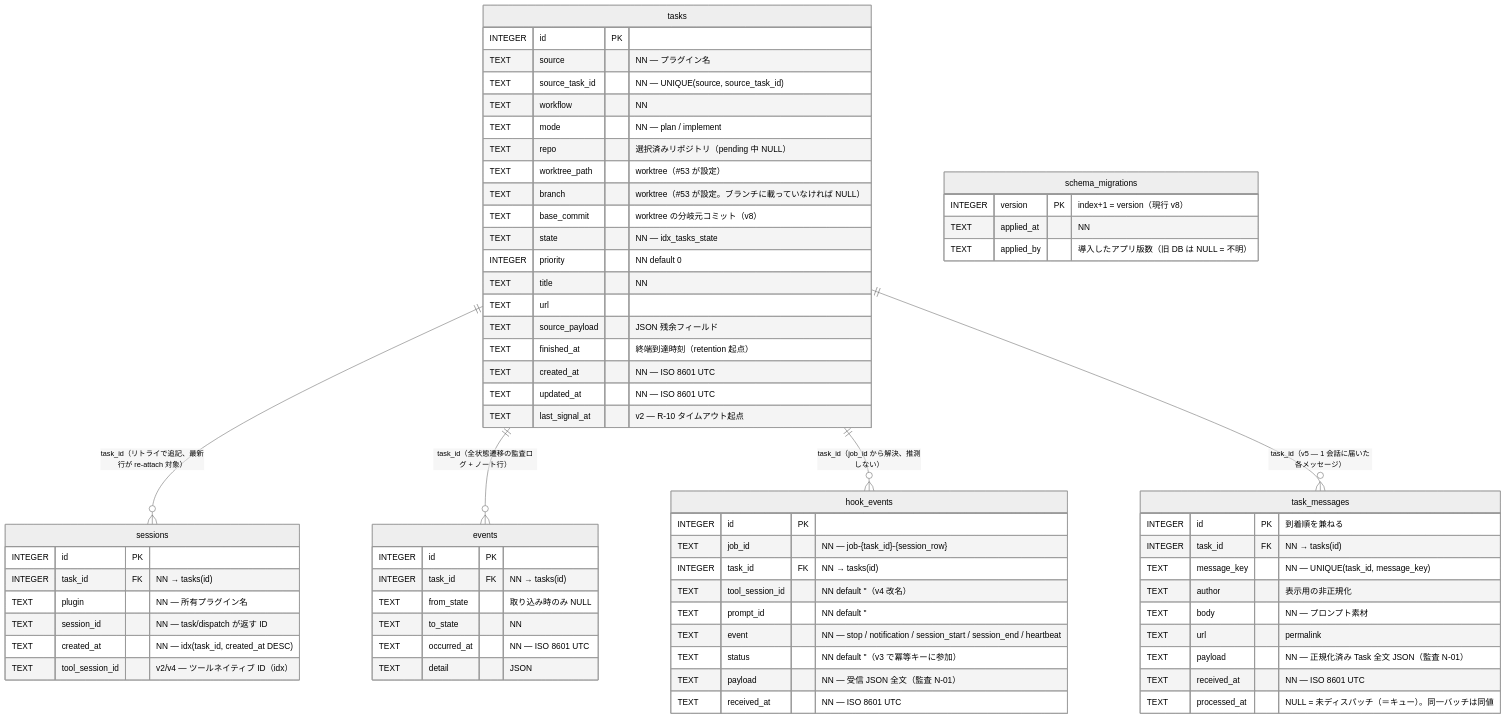
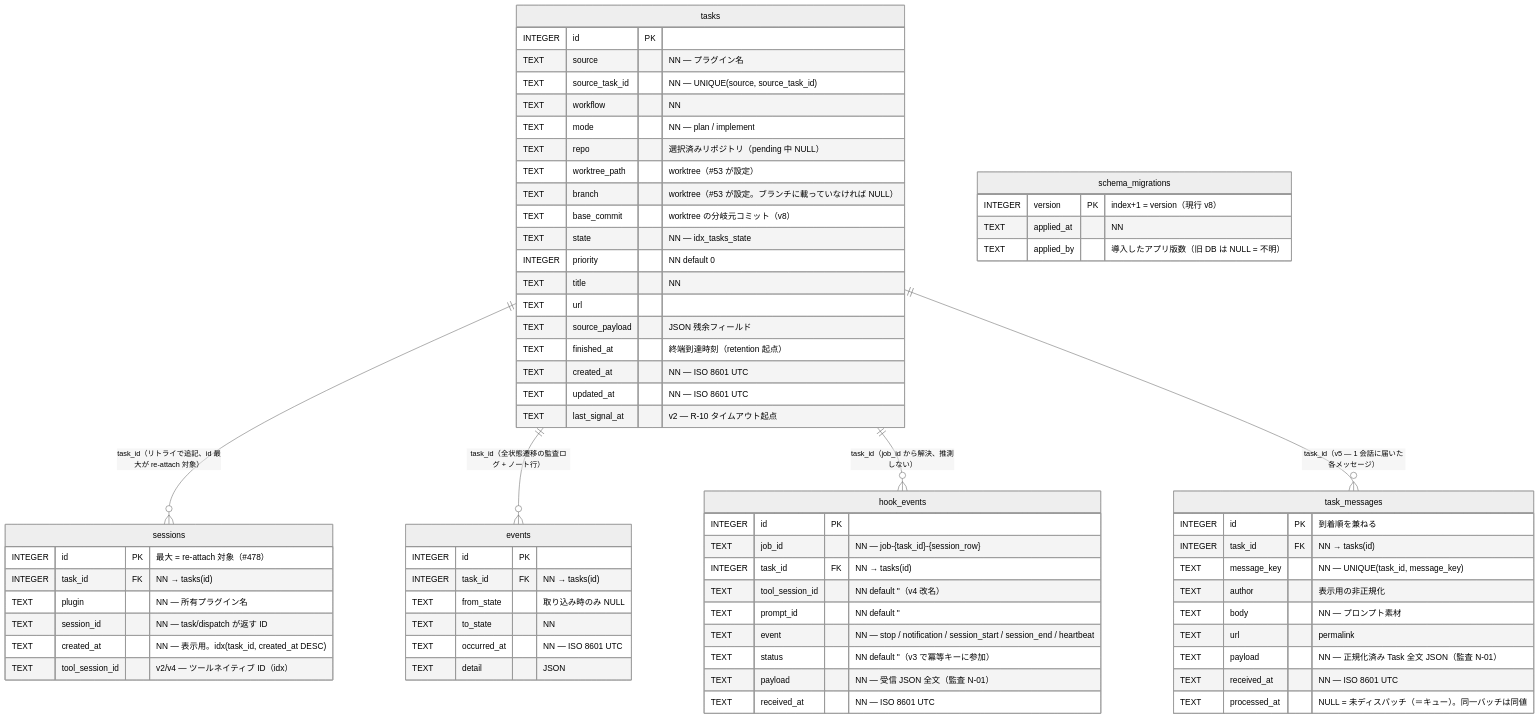
One commit to tomoya-k31/totsuka changed the diagram in ai-docs/data/state-db.md. Above: the diagram before and after it, drawn with Mermaid (neutral theme). The commit also changed other lines of this file and 3 other files, not shown here.

````diff
--- a/ai-docs/data/state-db.md
+++ b/ai-docs/data/state-db.md
@@ -22,76 +22,76 @@
 ```mermaid
 erDiagram
-    tasks ||--o{ sessions : "task_id（リトライで追記、最新行が re-attach 対象）"
+    tasks ||--o{ sessions : "task_id（リトライで追記、id 最大が re-attach 対象）"
     tasks ||--o{ events : "task_id（全状態遷移の監査ログ + ノート行）"
     tasks ||--o{ hook_events : "task_id（job_id から解決、推測しない）"
     tasks ||--o{ task_messages : "task_id（v5 — 1 会話に届いた各メッセージ）"
 
     tasks {
         INTEGER id PK
         TEXT source "NN — プラグイン名"
         TEXT source_task_id "NN — UNIQUE(source, source_task_id)"
         TEXT workflow "NN"
         TEXT mode "NN — plan / implement"
         TEXT repo "選択済みリポジトリ（pending 中 NULL）"
         TEXT worktree_path "worktree（#53 が設定）"
         TEXT branch "worktree（#53 が設定。ブランチに載っていなければ NULL）"
         TEXT base_commit "worktree の分岐元コミット（v8）"
         TEXT state "NN — idx_tasks_state"
         INTEGER priority "NN default 0"
         TEXT title "NN"
         TEXT url
         TEXT source_payload "JSON 残余フィールド"
         TEXT finished_at "終端到達時刻（retention 起点）"
         TEXT created_at "NN — ISO 8601 UTC"
         TEXT updated_at "NN — ISO 8601 UTC"
         TEXT last_signal_at "v2 — R-10 タイムアウト起点"
     }
 
     sessions {
-        INTEGER id PK
+        INTEGER id PK "最大 = re-attach 対象（#478）"
         INTEGER task_id FK "NN → tasks(id)"
         TEXT plugin "NN — 所有プラグイン名"
         TEXT session_id "NN — task/dispatch が返す ID"
-        TEXT created_at "NN — idx(task_id, created_at DESC)"
+        TEXT created_at "NN — 表示用。idx(task_id, created_at DESC)"
         TEXT tool_session_id "v2/v4 — ツールネイティブ ID（idx）"
     }
 
     events {
         INTEGER id PK
         INTEGER task_id FK "NN → tasks(id)"
         TEXT from_state "取り込み時のみ NULL"
         TEXT to_state "NN"
         TEXT occurred_at "NN — ISO 8601 UTC"
         TEXT detail "JSON"
     }
 
     hook_events {
         INTEGER id PK
         TEXT job_id "NN — job-{task_id}-{session_row}"
         INTEGER task_id FK "NN → tasks(id)"
         TEXT tool_session_id "NN default ''（v4 改名）"
         TEXT prompt_id "NN default ''"
         TEXT event "NN — stop / notification / session_start / session_end / heartbeat"
         TEXT status "NN default ''（v3 で冪等キーに参加）"
         TEXT payload "NN — 受信 JSON 全文（監査 N-01）"
         TEXT received_at "NN — ISO 8601 UTC"
     }
 
     task_messages {
         INTEGER id PK "到着順を兼ねる"
         INTEGER task_id FK "NN → tasks(id)"
         TEXT message_key "NN — UNIQUE(task_id, message_key)"
         TEXT author "表示用の非正規化"
         TEXT body "NN — プロンプト素材"
         TEXT url "permalink"
         TEXT payload "NN — 正規化済み Task 全文 JSON（監査 N-01）"
         TEXT received_at "NN — ISO 8601 UTC"
         TEXT processed_at "NULL = 未ディスパッチ（＝キュー）。同一バッチは同値"
     }
 
     schema_migrations {
         INTEGER version PK "index+1 = version（現行 v8）"
         TEXT applied_at "NN"
         TEXT applied_by "導入したアプリ版数（旧 DB は NULL = 不明）"
     }
 ```
````
